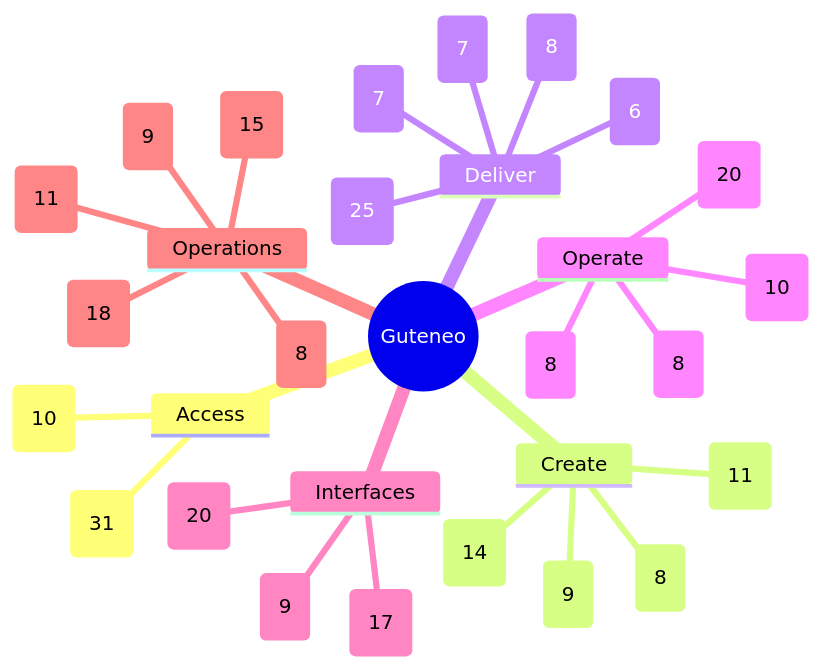
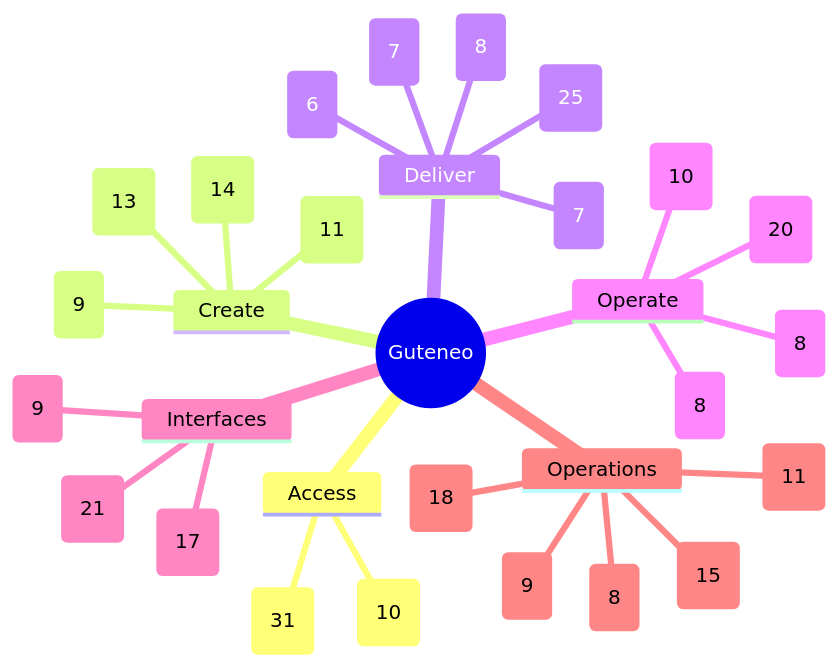
One commit to nclsppr/guteneo changed the diagram in docs/FEATURE_MAP.md. Above: the diagram before and after it, drawn with Mermaid. The commit also changed other lines of this file and 60 other files, not shown here.

````diff
--- a/docs/FEATURE_MAP.md
+++ b/docs/FEATURE_MAP.md
@@ -13,33 +13,33 @@
 ```mermaid
 mindmap
   root((Guteneo))
     Access
       Access and identity (31)
       Team and responsibilities (10)
     Create
-      Documents and protection (8)
+      Documents and protection (13)
       Template studio (14)
       Data and mappings (9)
       PDF generation and distribution (11)
     Deliver
       Fax (6)
       Postal mail (8)
       Email and protected links (7)
       Sensitive distribution and personal documents (25)
       Dispatch dry run (7)
     Operate
       Campaigns and tracking (8)
       Credits and billing (8)
       Workspace layout and browser appearance (20)
       PDF verification (10)
     Interfaces
-      Assistants and API (20)
+      Assistants and API (21)
       iPhone and iPad (9)
       Public pages, languages and appearance (17)
     Operations
       Reviewer OAuth qualification (9)
       Operations and reliability (18)
       Belvédère platform oversight (8)
       Public service status (15)
       Engineering documentation (11)
 ```
````
